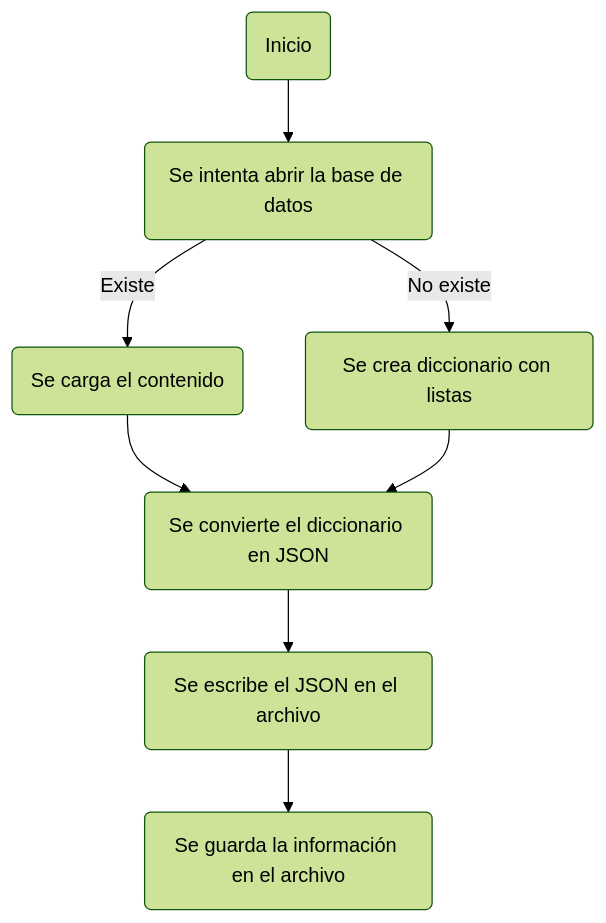
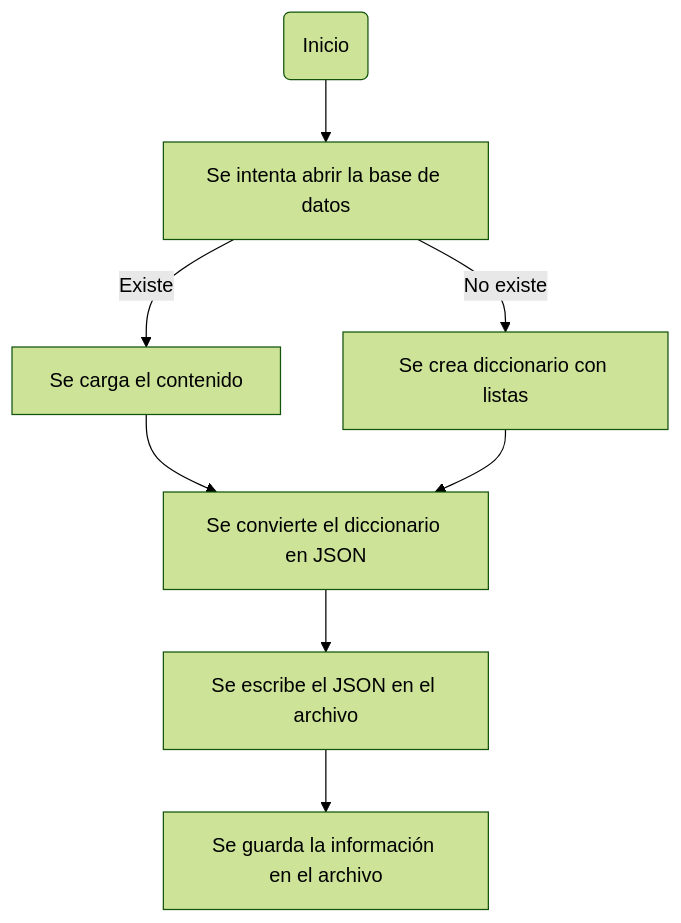
The first of 6 diagrams in README.md (NotName-K/Project), drawn with Mermaid (forest theme) before and after one commit. The commit also changed other lines of this file, not shown here.

````diff
--- a/README.md
+++ b/README.md
@@ -25,11 +25,11 @@
 ```mermaid
  graph TD;
  A(Inicio);
-    A -->F1(Se intenta abrir la base de datos);
-    F1-->|Existe|G1(Se carga el contenido);
-    F1-->|No existe|H1(Se crea diccionario con listas);
+    A -->F1[Se intenta abrir la base de datos];
+    F1-->|Existe|G1[Se carga el contenido];
+    F1-->|No existe|H1[Se crea diccionario con listas];
     G1-->I1;
-    H1-->I1(Se convierte el diccionario en JSON);
-    I1-->J1(Se escribe el JSON en el archivo);
-    J1-->K1(Se guarda la información en el archivo);
+    H1-->I1[Se convierte el diccionario en JSON];
+    I1-->J1[Se escribe el JSON en el archivo];
+    J1-->K1[Se guarda la información en el archivo];
 ```
````
